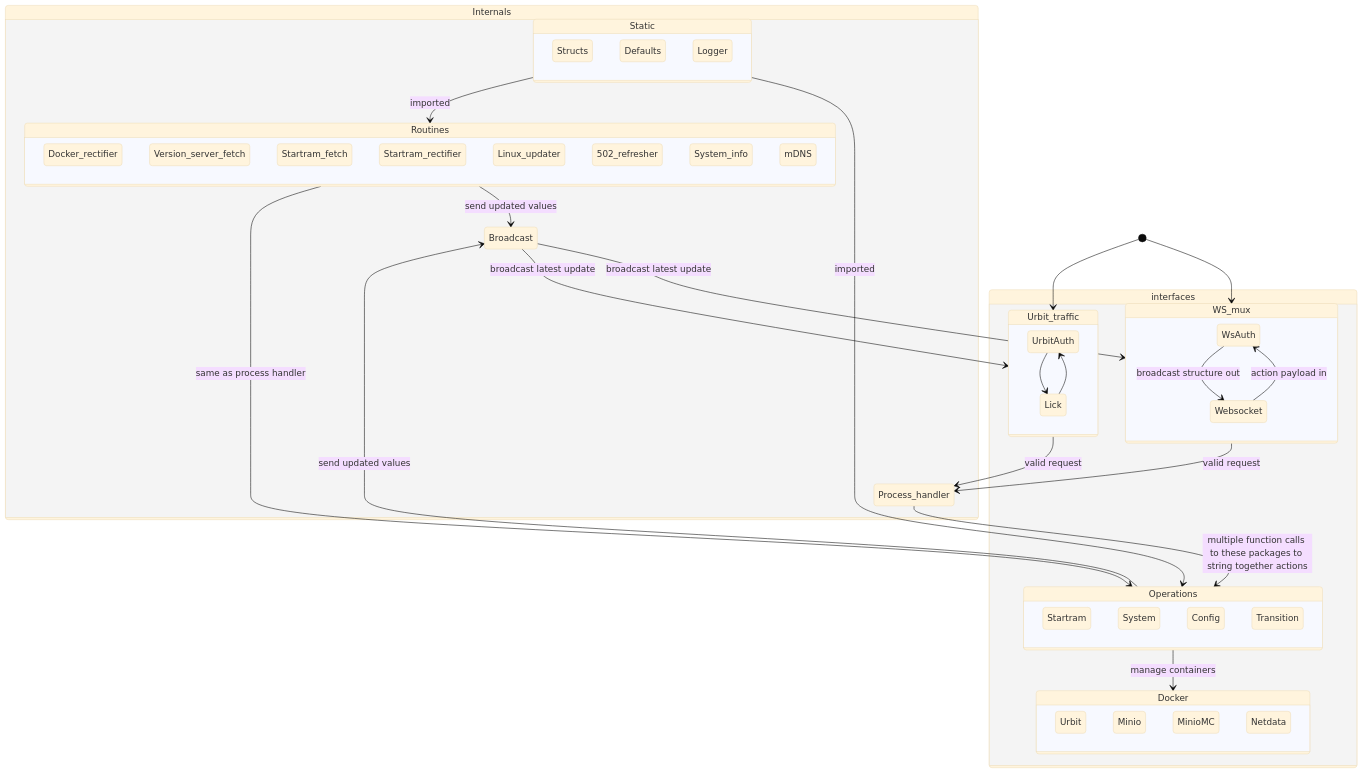
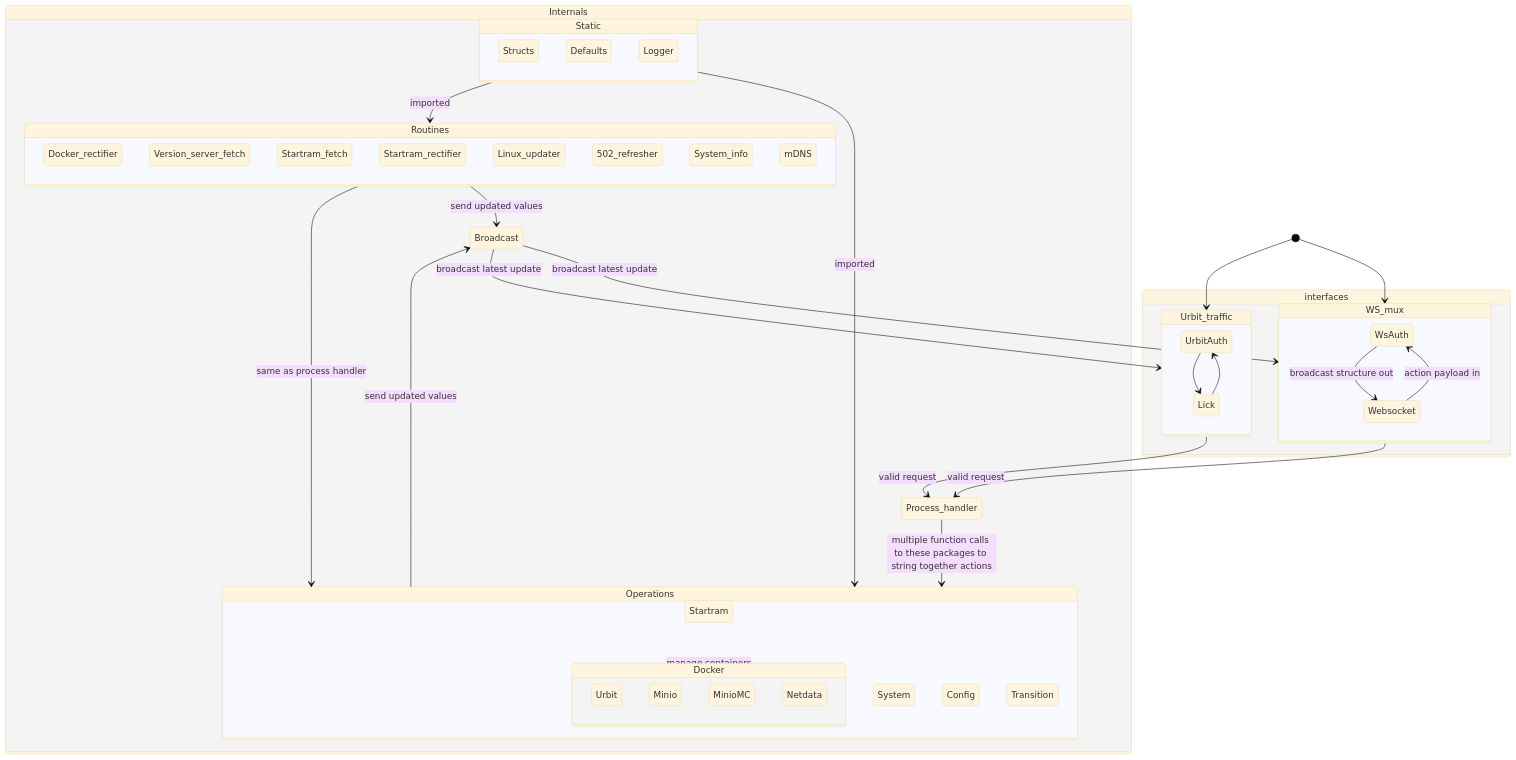
Before and after one commit to Native-Planet/GroundSeg: the diagram in goseg/readme.md, drawn with Mermaid (base theme).

````diff
--- a/goseg/readme.md
+++ b/goseg/readme.md
@@ -3,59 +3,59 @@
 ```mermaid
 stateDiagram-v2
     direction TB
     accTitle: Goseg package diagram
     accDescr: Interactions between packages in Groundseg Go rewrite
     Broadcast-->WS_mux: broadcast latest update
     Broadcast-->Urbit_traffic: broadcast latest update
     Static-->Operations: imported
     Static-->Routines: imported
     state Internals {
         state Static {
             Structs
             Defaults
             Logger
         }
         state Routines {
             Docker_rectifier
             Version_server_fetch
             Startram_fetch
             Startram_rectifier
             Linux_updater
             502_refresher
             System_info
             mDNS
         }
         state Operations {
             Startram
             Docker
             System
             Config
             Transition
         }
         Process_handler-->Operations: multiple function calls to these packages to string together actions
         Operations-->Broadcast: send updated values
         Routines-->Broadcast: send updated values
     }
     [*]-->WS_mux
     [*]-->Urbit_traffic
     WS_mux-->Process_handler: valid request
     Urbit_traffic-->Process_handler: valid request
     Routines-->Operations: same as process handler
     state interfaces {
         state Urbit_traffic {
             UrbitAuth-->Lick
             Lick-->UrbitAuth
         }
         state WS_mux {
             WsAuth-->Websocket: broadcast structure out
             Websocket-->WsAuth: action payload in
-   }
-   state Docker {
-       Urbit
-       Minio
-       MinioMC
-       Netdata
-   }
-   Operations-->Docker: manage containers
+        }
+    }
+state Docker {
+    Urbit
+    Minio
+    MinioMC
+    Netdata
 }
+Operations-->Docker: manage containers
 ```
````
